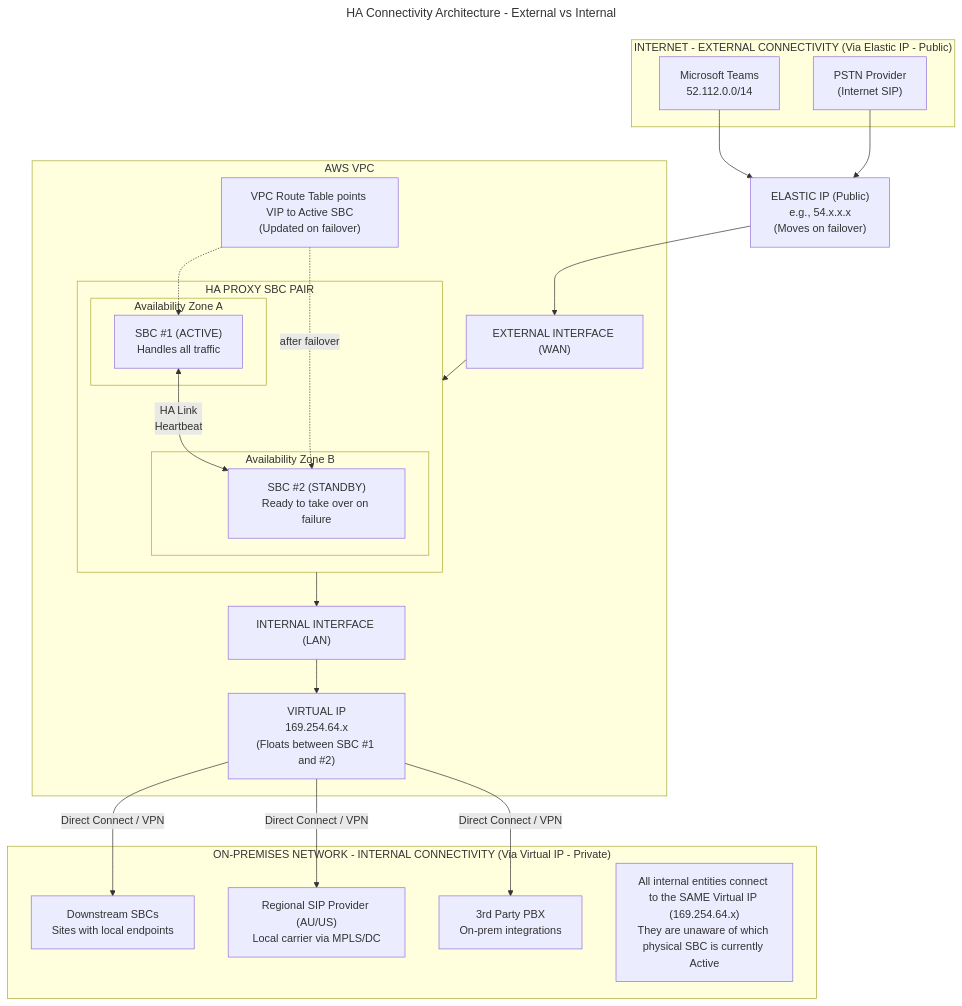
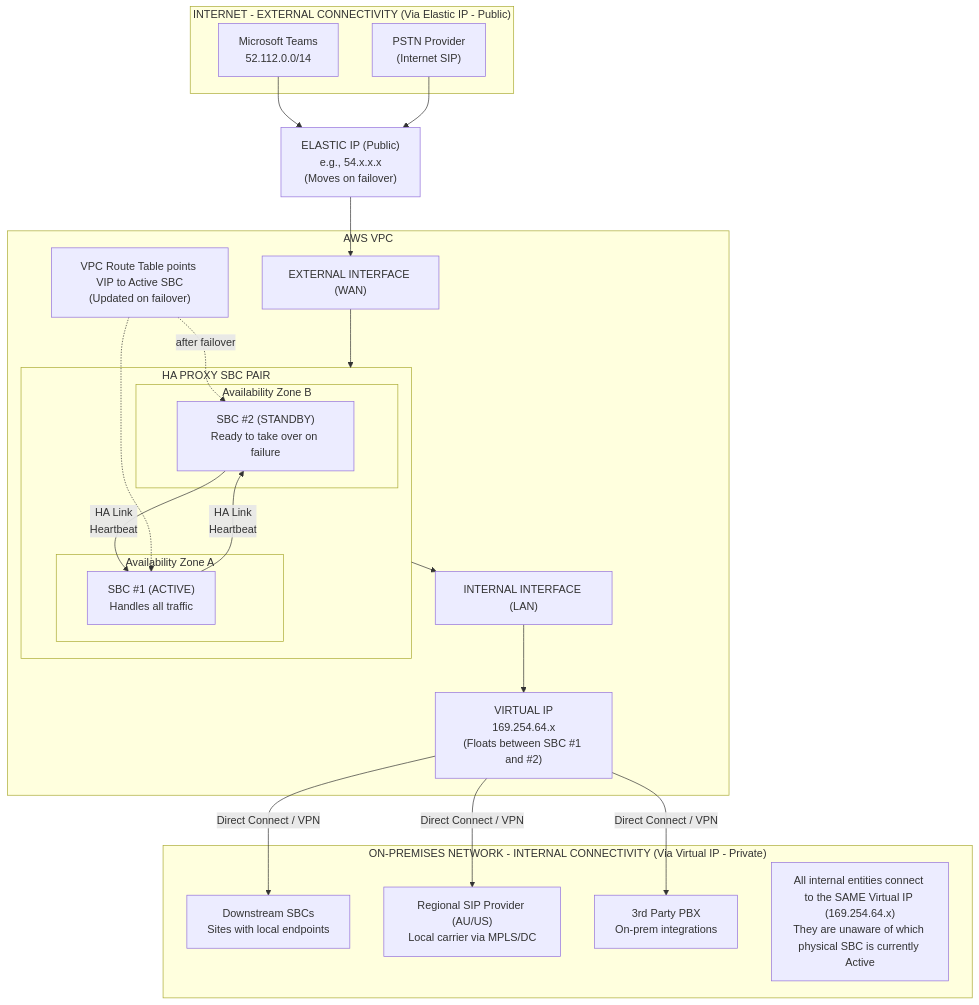
The ninth of 26 diagrams in AudioCodes-AWS-Deployment-Guide.md (kevinsing999/public), drawn with Mermaid before and after one commit. The commit also changed other lines of this file and 4 other files, not shown here.

First line of the commit message:
Fix GitHub mermaid rendering: replace unsupported syntax across 20 diagrams

````diff
--- a/AudioCodes-AWS-Deployment-Guide.md
+++ b/AudioCodes-AWS-Deployment-Guide.md
@@ -2548,52 +2549,50 @@
 ```mermaid
----
-title: HA Connectivity Architecture - External vs Internal
----
 flowchart TB
     subgraph INTERNET["INTERNET - EXTERNAL CONNECTIVITY (Via Elastic IP - Public)"]
         Teams["Microsoft Teams<br/>52.112.0.0/14"]
         PSTN_Internet["PSTN Provider<br/>(Internet SIP)"]
     end
 
     EIP["ELASTIC IP (Public)<br/>e.g., 54.x.x.x<br/>(Moves on failover)"]
 
     subgraph VPC["AWS VPC"]
         WAN["EXTERNAL INTERFACE (WAN)"]
 
         subgraph SBCPAIR["HA PROXY SBC PAIR"]
             subgraph AZA["Availability Zone A"]
                 SBC1["SBC #1 (ACTIVE)<br/>Handles all traffic"]
             end
             subgraph AZB["Availability Zone B"]
                 SBC2["SBC #2 (STANDBY)<br/>Ready to take over on failure"]
             end
-            SBC1 <-->|"HA Link<br/>Heartbeat"| SBC2
+            SBC1 -->|"HA Link<br/>Heartbeat"| SBC2
+            SBC2 -->|"HA Link<br/>Heartbeat"| SBC1
         end
 
         LAN["INTERNAL INTERFACE (LAN)"]
         VIP["VIRTUAL IP<br/>169.254.64.x<br/>(Floats between SBC #1 and #2)"]
 
         RouteNote["VPC Route Table points VIP to Active SBC<br/>(Updated on failover)"]
     end
 
     subgraph ONPREM["ON-PREMISES NETWORK - INTERNAL CONNECTIVITY (Via Virtual IP - Private)"]
         DownstreamSBC["Downstream SBCs<br/>Sites with local endpoints"]
         RegionalSIP["Regional SIP Provider (AU/US)<br/>Local carrier via MPLS/DC"]
         PBX["3rd Party PBX<br/>On-prem integrations"]
 
         Note["All internal entities connect to the SAME Virtual IP (169.254.64.x)<br/>They are unaware of which physical SBC is currently Active"]
     end
 
     Teams --> EIP
     PSTN_Internet --> EIP
     EIP --> WAN
     WAN --> SBCPAIR
     SBCPAIR --> LAN
     LAN --> VIP
     VIP -->|"Direct Connect / VPN"| DownstreamSBC
     VIP -->|"Direct Connect / VPN"| RegionalSIP
     VIP -->|"Direct Connect / VPN"| PBX
 
     RouteNote -.-> SBC1
     RouteNote -.->|"after failover"| SBC2
 ```
````
